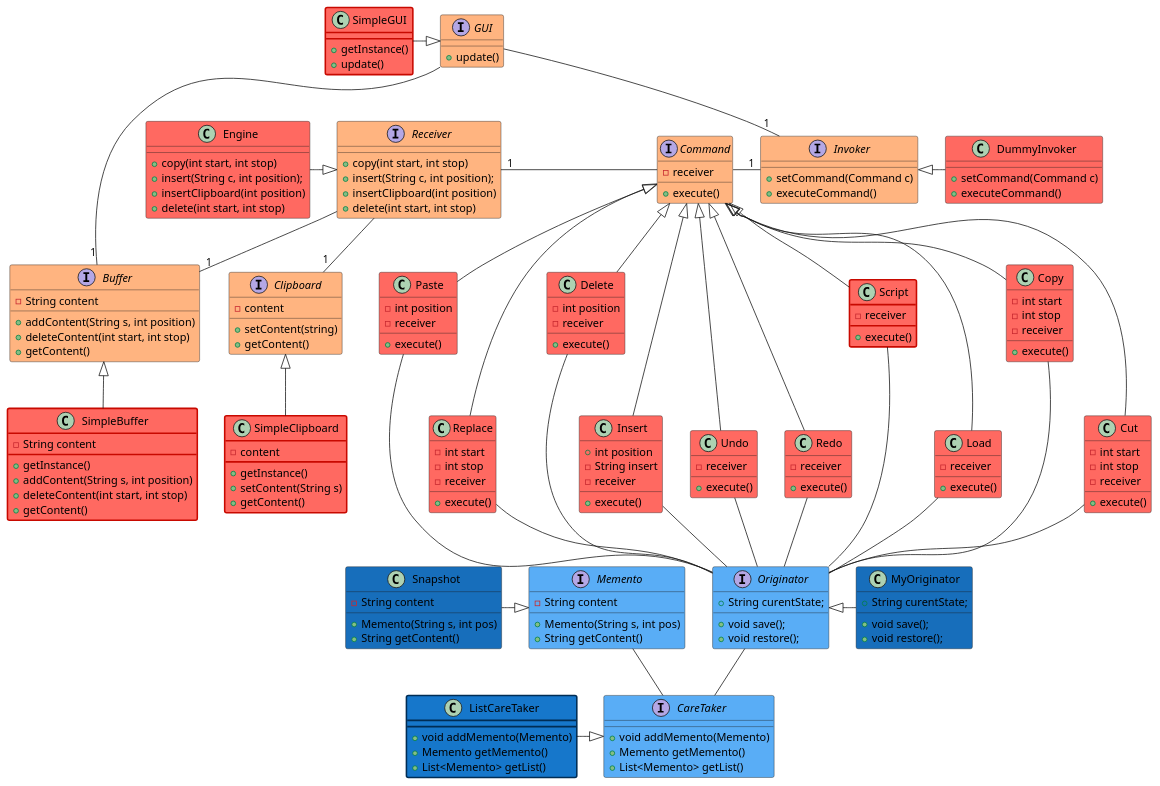
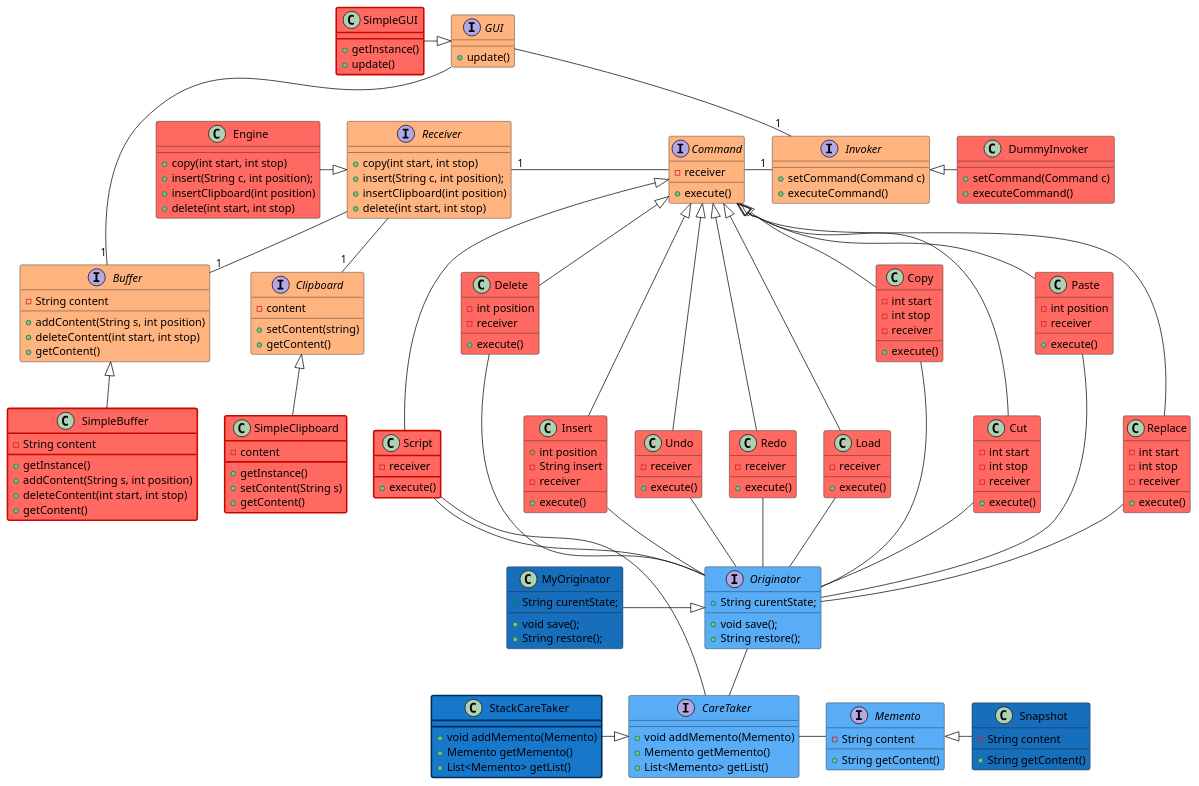
One commit to Camille-Molinier/text-editor changed the diagram in V2/Conception/ClassDiagram.puml. Above: the diagram before and after it, drawn with PlantUML. The commit also changed 25 other files, not shown here.

```diff
--- a/V2/Conception/ClassDiagram.puml
+++ b/V2/Conception/ClassDiagram.puml
@@ -39,13 +39,12 @@
 interface Originator #59adf6 {
     + String curentState;
     + void save();
-    + void restore();
+    + String restore();
 }
 
 interface Memento #59adf6 {
     - String content
 
-    + Memento(String s, int pos)
     + String getContent()
 }
 
@@ -151,17 +150,16 @@
 class MyOriginator #176EBB {
     + String curentState;
     + void save();
-    + void restore();
+    + String restore();
 }
 
 class Snapshot #176EBB {
     - String content
 
-    + Memento(String s, int pos)
     + String getContent()
 }
 
-class ListCareTaker #1677CB;line.bold:002D55 {
+class StackCareTaker #1677CB;line.bold:002D55 {
     + void addMemento(Memento)
     + Memento getMemento()
     + List<Memento> getList()
@@ -192,7 +190,9 @@
 Load -- Originator
 
 CareTaker -up- Originator
-Memento -- CareTaker
+Memento -left- CareTaker
+
+Script - CareTaker
 
 Copy -up-|> Command
 Paste -up-|> Command
@@ -210,7 +210,7 @@
 
 DummyInvoker -left|> Invoker
 
-MyOriginator -left|> Originator
-ListCareTaker -|> CareTaker
-Snapshot -down|> Memento
+MyOriginator -|> Originator
+StackCareTaker -|> CareTaker
+Snapshot -left|> Memento
 @enduml
```
